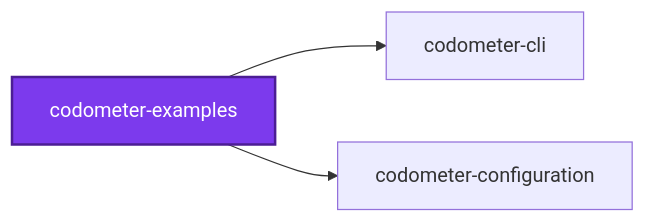
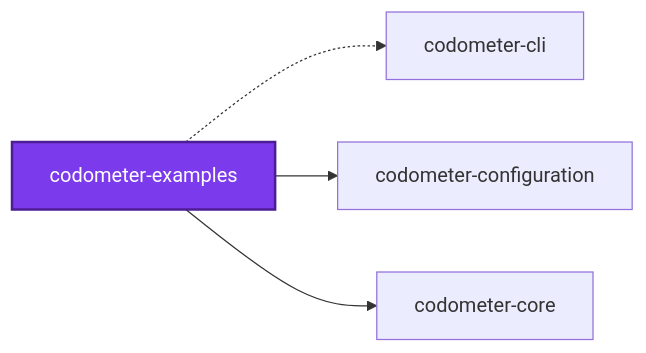
Before and after one commit to JimmyPaolini/codebase: the first of 2 diagrams in packages/ic-suite/codometer/codometer-examples/README.md, drawn with Mermaid. The commit also changed other lines of this file and 248 other files, not shown here.

````diff
--- a/packages/ic-suite/codometer/codometer-examples/README.md
+++ b/packages/ic-suite/codometer/codometer-examples/README.md
@@ -462,10 +462,12 @@
 ```mermaid
 graph LR
   codometer_cli["codometer-cli"]
   codometer_configuration["codometer-configuration"]
+  codometer_core["codometer-core"]
   codometer_examples["codometer-examples"]
-  codometer_examples --> codometer_cli
+  codometer_examples -.-> codometer_cli
   codometer_examples --> codometer_configuration
+  codometer_examples --> codometer_core
   classDef subject fill:#7c3aed,color:#fff,stroke:#4c1d95,stroke-width:2px
   class codometer_examples subject
 ```
````
